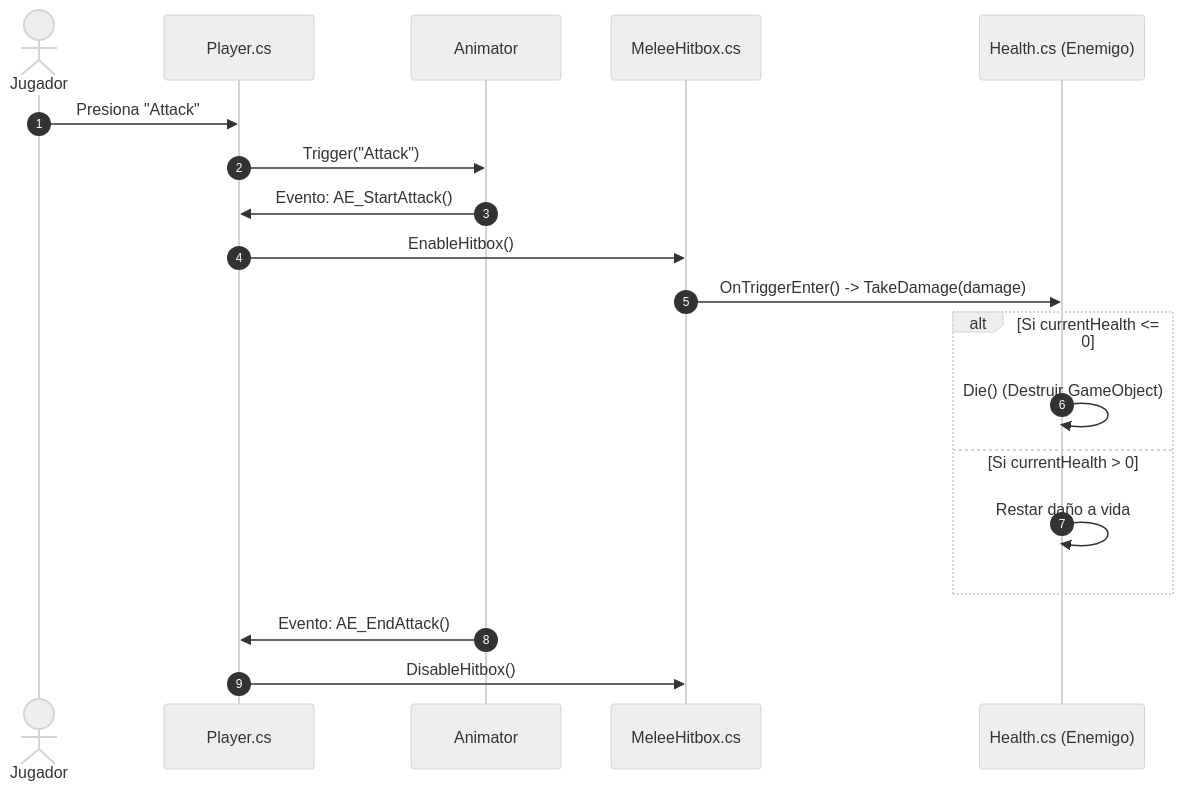
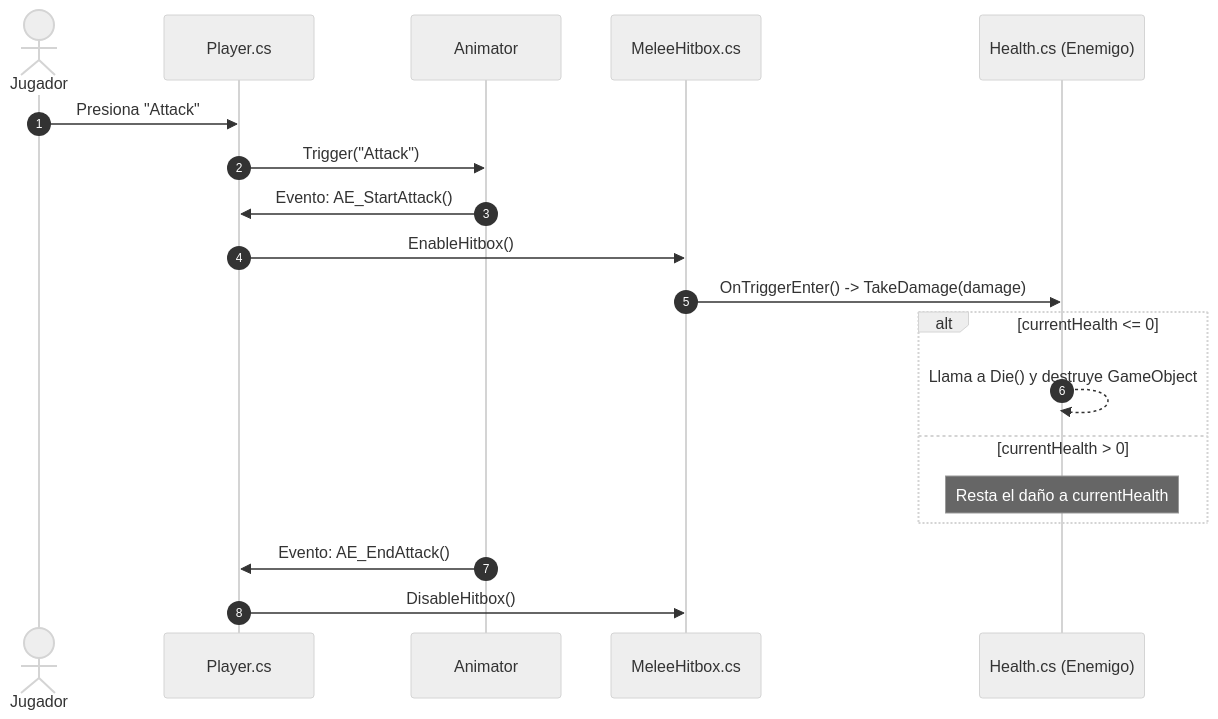
Before and after one commit to Mael047/5_Bolivar_Proyect: the third of 4 diagrams in README.md, drawn with Mermaid (neutral theme).

Commit message:
Revise health check and damage description in README
Updated health handling logic in README with clearer language.

````diff
--- a/README.md
+++ b/README.md
@@ -201,24 +201,24 @@
 ```mermaid
 sequenceDiagram
     autonumber
     actor Player as Jugador
     participant PScript as Player.cs
     participant Anim as Animator
     participant Hitbox as MeleeHitbox.cs
     participant Health as Health.cs (Enemigo)
 
     Player->>PScript: Presiona "Attack"
     PScript->>Anim: Trigger("Attack")
     Anim->>PScript: Evento: AE_StartAttack()
     PScript->>Hitbox: EnableHitbox()
     Hitbox->>Health: OnTriggerEnter() -> TakeDamage(damage)
     
-    alt Si currentHealth <= 0
-        Health->>Health: Die() (Destruir GameObject)
-    else Si currentHealth > 0
-        Health->>Health: Restar daño a vida
+    alt currentHealth <= 0
+        Health-->>Health: Llama a Die() y destruye GameObject
+    else currentHealth > 0
+        Note over Health: Resta el daño a currentHealth
     end
 
     Anim->>PScript: Evento: AE_EndAttack()
     PScript->>Hitbox: DisableHitbox()
 ```
````
